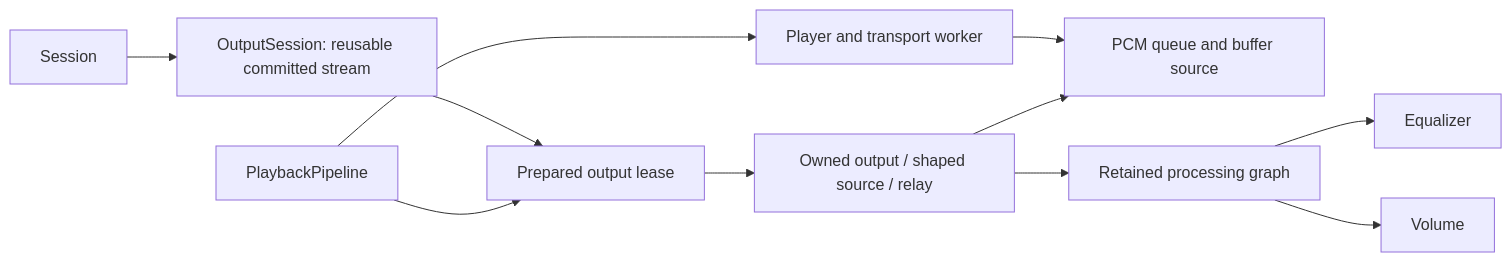
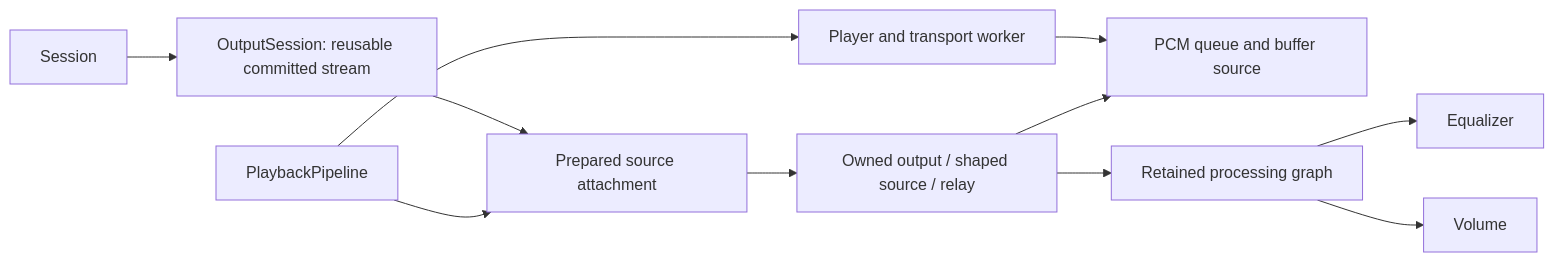
One commit to Vokerlee/wiola-player changed the diagram in src/playback/pipeline/README.md. Above: the diagram before and after it, drawn with Mermaid. The commit also changed other lines of this file and 14 other files, not shown here.

````diff
--- a/src/playback/pipeline/README.md
+++ b/src/playback/pipeline/README.md
@@ -5,13 +5,13 @@
 ```mermaid
 flowchart LR
     Session --> Cache[OutputSession: reusable committed stream]
-    Cache --> Lease[Prepared output lease]
-    Pipeline[PlaybackPipeline] --> Lease
+    Cache --> Attachment[Prepared source attachment]
+    Pipeline[PlaybackPipeline] --> Attachment
     Pipeline --> Player[Player and transport worker]
     Player --> Queue[PCM queue and buffer source]
-    Lease --> Stream[Owned output / shaped source / relay]
+    Attachment --> Stream[Owned output / shaped source / relay]
     Stream --> Queue
     Stream --> Processing[Retained processing graph]
     Processing --> Equalizer[Equalizer]
     Processing --> Volume[Volume]
 ```
````
